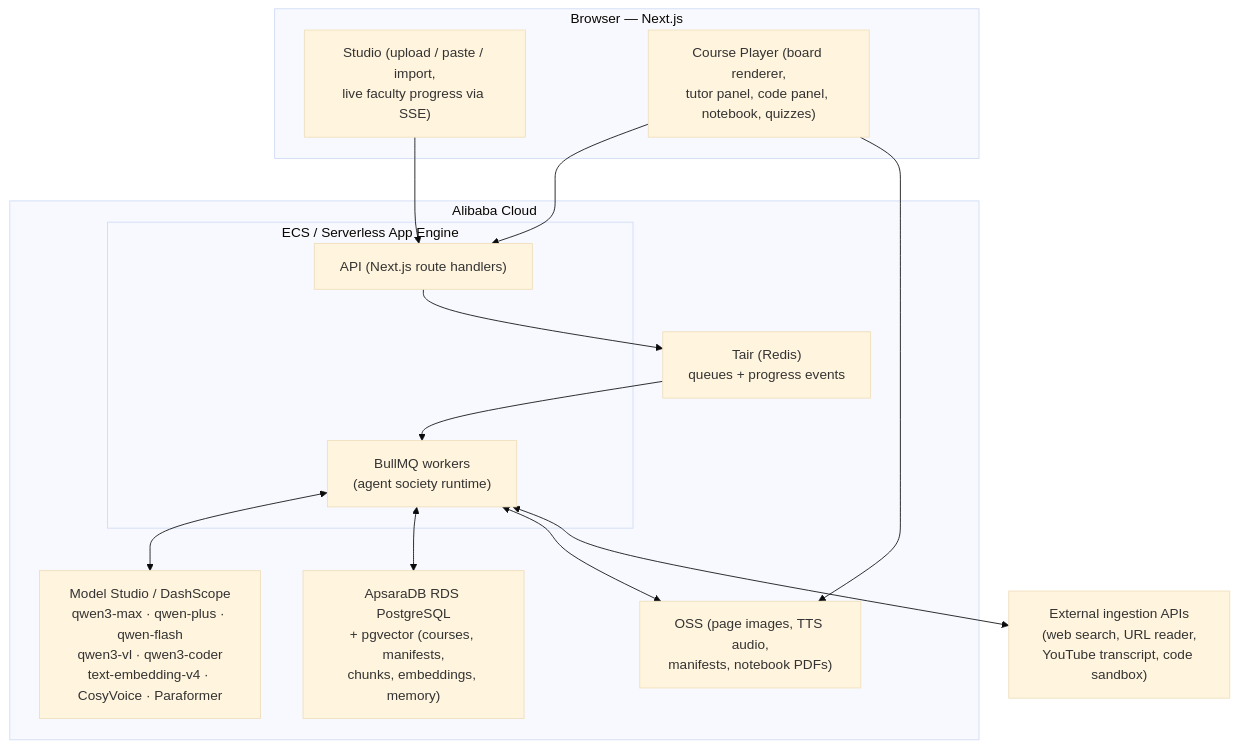
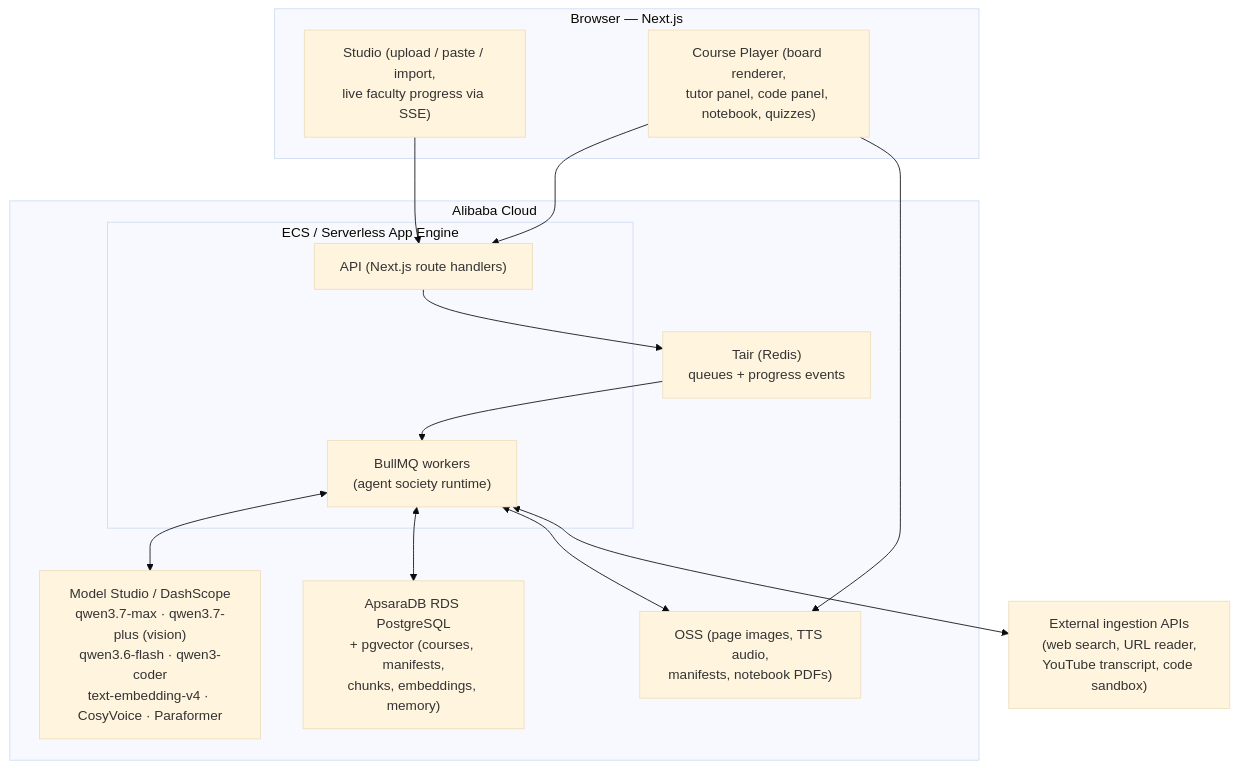
One commit to auth889-ai/ai-live-tutor changed the diagram in forever/docs/ARCHITECTURE.md. Above: the diagram before and after it, drawn with Mermaid (base theme). The commit also changed other lines of this file and 36 other files, not shown here.

Commit message:
Phase 0 = Forever’s safety + validation foundation  It prevents future problems like:  fake lesson missing source proof broken board layout bad timeline AI-generated invalid JSON unsynced speech random course structure

````diff
--- a/forever/docs/ARCHITECTURE.md
+++ b/forever/docs/ARCHITECTURE.md
@@ -25,28 +25,28 @@
 ```mermaid
 flowchart TB
     subgraph Client["Browser — Next.js"]
         Studio["Studio (upload / paste / import,\nlive faculty progress via SSE)"]
         Player["Course Player (board renderer,\ntutor panel, code panel, notebook, quizzes)"]
     end
 
     subgraph AlibabaCloud["Alibaba Cloud"]
         subgraph App["ECS / Serverless App Engine"]
             API["API (Next.js route handlers)"]
             Workers["BullMQ workers\n(agent society runtime)"]
         end
         RDS["ApsaraDB RDS PostgreSQL\n+ pgvector (courses, manifests,\nchunks, embeddings, memory)"]
         Tair["Tair (Redis)\nqueues + progress events"]
         OSS["OSS (page images, TTS audio,\nmanifests, notebook PDFs)"]
-        ModelStudio["Model Studio / DashScope\nqwen3-max · qwen-plus · qwen-flash\nqwen3-vl · qwen3-coder\ntext-embedding-v4 · CosyVoice · Paraformer"]
+        ModelStudio["Model Studio / DashScope\nqwen3.7-max · qwen3.7-plus (vision)\nqwen3.6-flash · qwen3-coder\ntext-embedding-v4 · CosyVoice · Paraformer"]
     end
 
     Ext["External ingestion APIs\n(web search, URL reader,\nYouTube transcript, code sandbox)"]
 
     Studio --> API --> Tair --> Workers
     Workers <--> ModelStudio
     Workers <--> RDS
     Workers <--> OSS
     Workers <--> Ext
     Player --> API
     Player --> OSS
 ```
````
